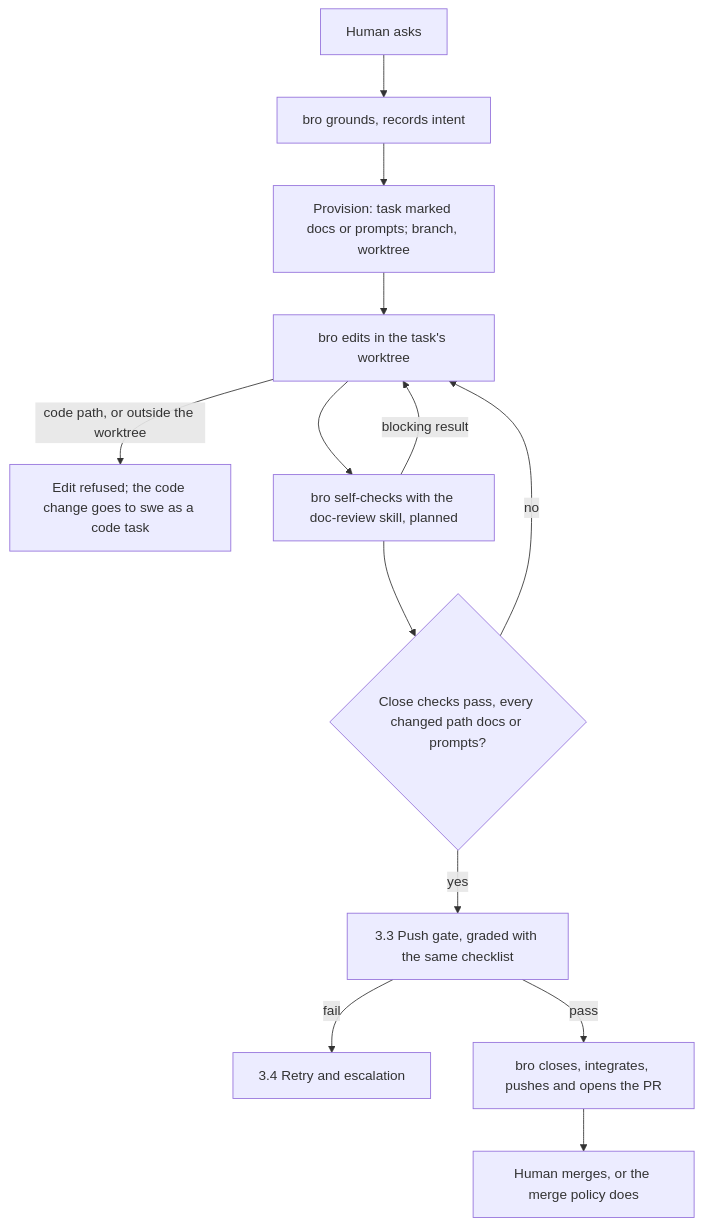
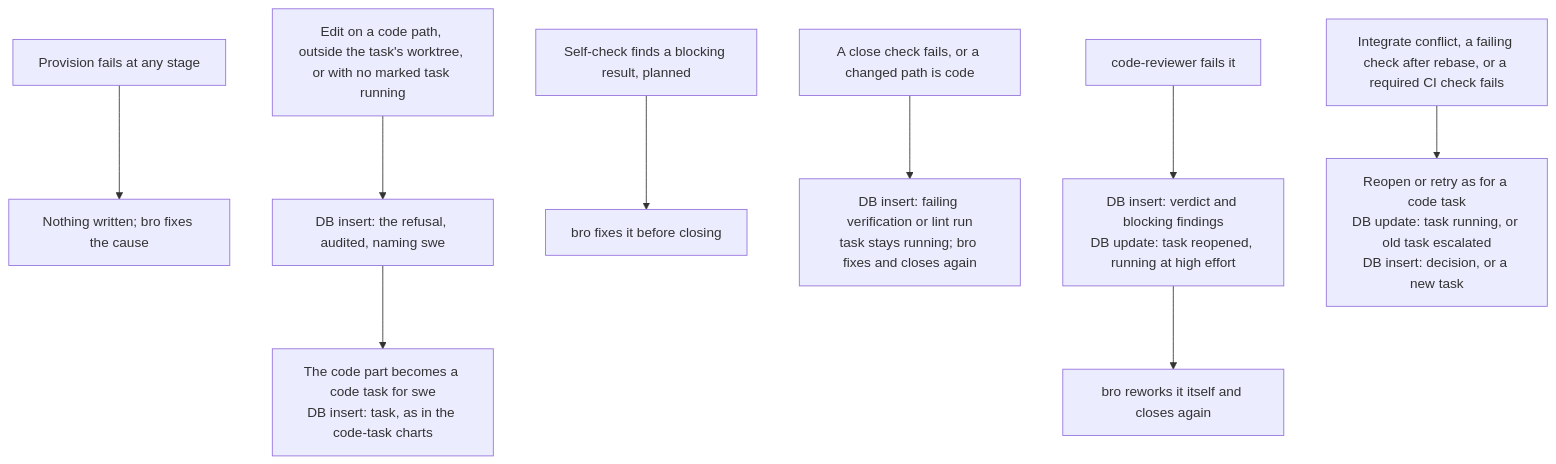
The fourth of 4 diagrams in docs/architecture/TASKS.md (trustmybot/plugin), drawn with Mermaid before and after one commit. The commit also changed other lines of this file, not shown here.

Commit message:
📝 docs(tasks): split task charts into success and failure per kind

````diff
--- a/docs/architecture/TASKS.md
+++ b/docs/architecture/TASKS.md
@@ -112,15 +105,11 @@
 ```mermaid
 flowchart TD
-    A[Human asks] --> B[bro grounds, records intent]
-    B --> C[Provision: task marked docs or prompts; branch, worktree]
-    C --> D[bro edits in the task's worktree]
-    D -- code path, or outside the worktree --> D1[Edit refused; the code change goes to swe as a code task]
-    D --> E[bro self-checks with the doc-review skill, planned]
-    E -- blocking result --> D
-    E --> F{Close checks pass, every changed path docs or prompts?}
-    F -- no --> D
-    F -- yes --> G[3.3 Push gate, graded with the same checklist]
-    G -- fail --> R[3.4 Retry and escalation]
-    G -- pass --> P[bro closes, integrates, pushes and opens the PR]
-    P --> Q[Human merges, or the merge policy does]
+    P0[Provision fails at any stage] --> P1["Nothing written; bro fixes the cause"]
+    D0[Edit on a code path, outside the task's worktree, or with no marked task running] --> D1["DB insert: the refusal, audited, naming swe"]
+    D1 --> D2["The code part becomes a code task for swe<br/>DB insert: task, as in the code-task charts"]
+    E0[Self-check finds a blocking result, planned] --> E1[bro fixes it before closing]
+    C0[A close check fails, or a changed path is code] --> C1["DB insert: failing verification or lint run<br/>task stays running; bro fixes and closes again"]
+    V0[code-reviewer fails it] --> V1["DB insert: verdict and blocking findings<br/>DB update: task reopened, running at high effort"]
+    V1 --> V2[bro reworks it itself and closes again]
+    I0[Integrate conflict, a failing check after rebase, or a required CI check fails] --> I1["Reopen or retry as for a code task<br/>DB update: task running, or old task escalated<br/>DB insert: decision, or a new task"]
 ```
````
